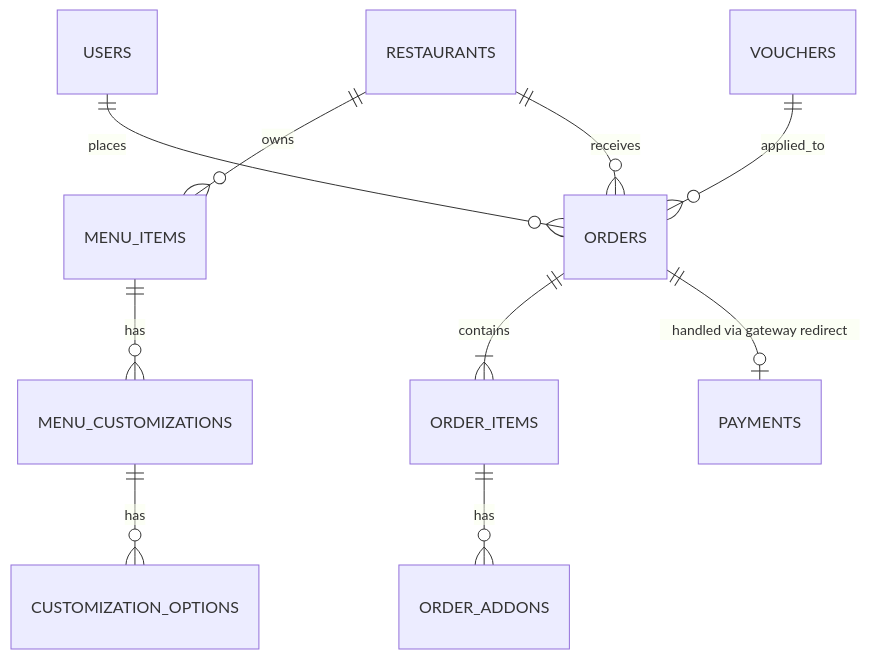
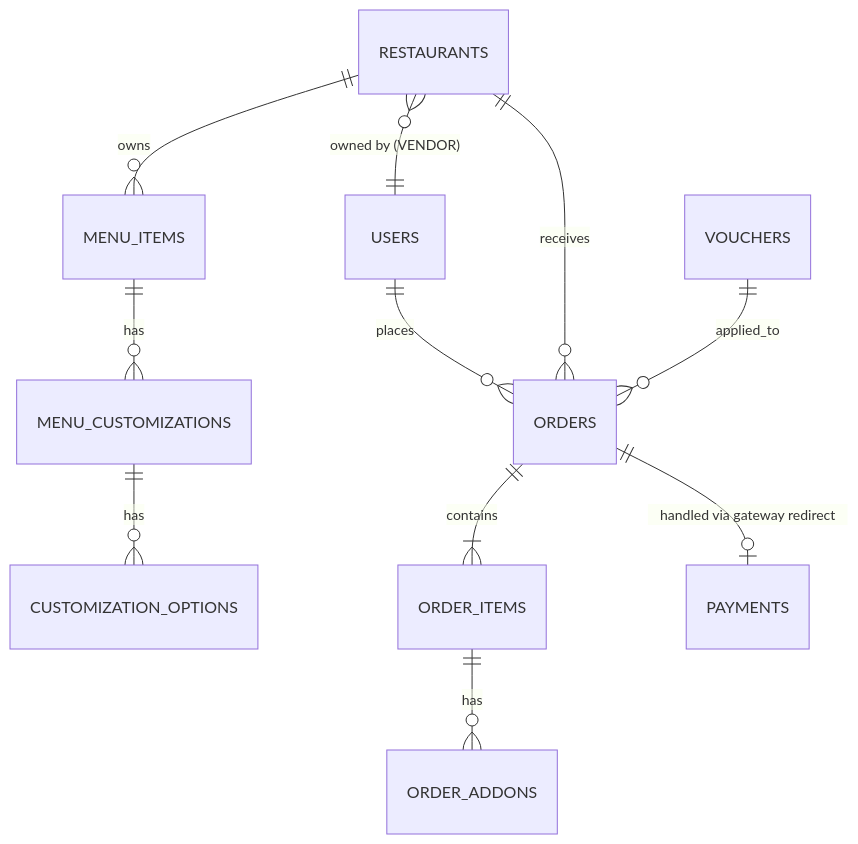
The diagram in backend/BACKEND-PRD.md (dopamine0-next/kantin-kita), drawn with Mermaid before and after one commit. The commit also changed other lines of this file and 19 other files, not shown here.

````diff
--- a/backend/BACKEND-PRD.md
+++ b/backend/BACKEND-PRD.md
@@ -147,12 +147,13 @@
 ```mermaid
 erDiagram
     USERS ||--o{ ORDERS : places
     RESTAURANTS ||--o{ MENU_ITEMS : owns
     RESTAURANTS ||--o{ ORDERS : receives
+    RESTAURANTS }o--|| USERS : "owned by (VENDOR)"
     MENU_ITEMS ||--o{ MENU_CUSTOMIZATIONS : has
     MENU_CUSTOMIZATIONS ||--o{ CUSTOMIZATION_OPTIONS : has
     ORDERS ||--|{ ORDER_ITEMS : contains
     ORDER_ITEMS ||--o{ ORDER_ADDONS : has
     VOUCHERS ||--o{ ORDERS : applied_to
     ORDERS ||--o| PAYMENTS : "handled via gateway redirect"
 ```
````
